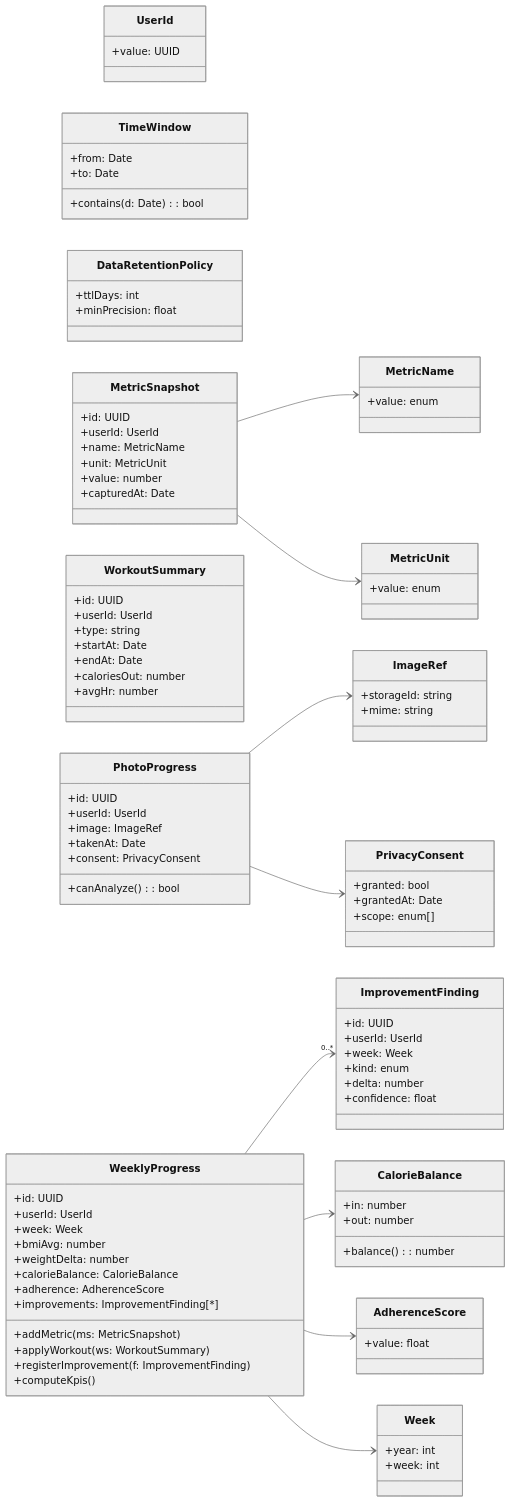
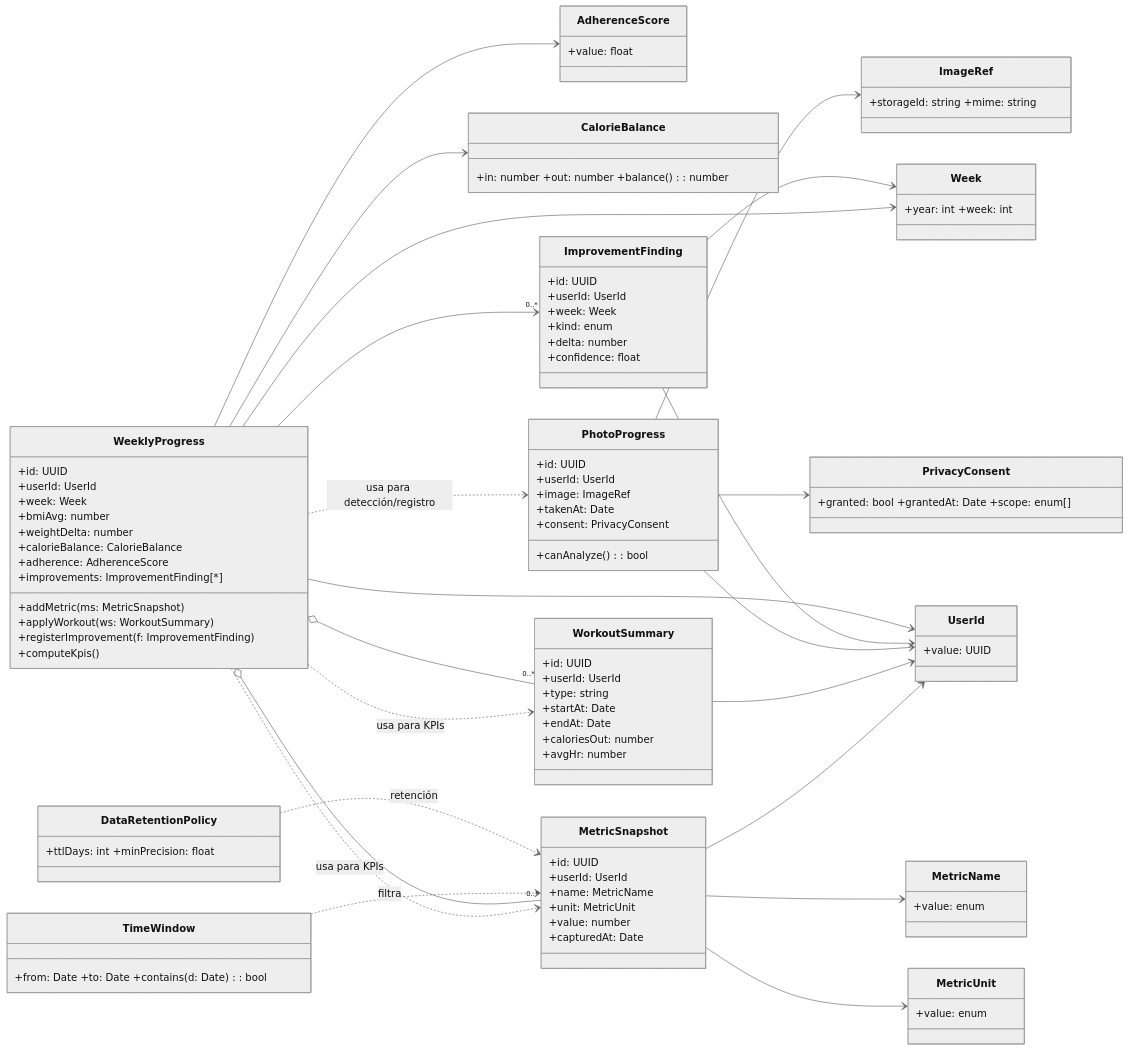
One commit to FitSense-Emergentes-14653/Project-Report changed the diagram in Docs/Monitory classDiagram.mmd. Above: the diagram before and after it, drawn with Mermaid (neutral theme). The commit also changed 1 other file, not shown here.

Commit message:
fix monity diagram

```diff
--- a/Docs/Monitory classDiagram.mmd
+++ b/Docs/Monitory classDiagram.mmd
@@ -1,105 +1,98 @@
 classDiagram
 direction LR
 
 %% ==== Value Objects ====
-class UserId {
-  +value: UUID
-}
-class MetricName {
-  +value: enum
-}
-class MetricUnit {
-  +value: enum
-}
-class TimeWindow {
-  +from: Date
-  +to: Date
-  +contains(d: Date): bool
-}
-class Week {
-  +year: int
-  +week: int
-}
-class AdherenceScore {
-  +value: float
-}
-class CalorieBalance {
-  +in: number
-  +out: number
-  +balance(): number
-}
-class PrivacyConsent {
-  +granted: bool
-  +grantedAt: Date
-  +scope: enum[]
-}
-class DataRetentionPolicy {
-  +ttlDays: int
-  +minPrecision: float
-}
-class ImageRef {
-  +storageId: string
-  +mime: string
-}
+class UserId { +value: UUID }
+class MetricName { +value: enum }
+class MetricUnit { +value: enum }
+class TimeWindow { +from: Date +to: Date +contains(d: Date): bool }
+class Week { +year: int +week: int }
+class AdherenceScore { +value: float }
+class CalorieBalance { +in: number +out: number +balance(): number }
+class PrivacyConsent { +granted: bool +grantedAt: Date +scope: enum[] }
+class DataRetentionPolicy { +ttlDays: int +minPrecision: float }
+class ImageRef { +storageId: string +mime: string }
 
 %% ==== Entities / Aggregates ====
 class MetricSnapshot {
   +id: UUID
   +userId: UserId
   +name: MetricName
   +unit: MetricUnit
   +value: number
   +capturedAt: Date
 }
 
 class WorkoutSummary {
   +id: UUID
   +userId: UserId
   +type: string
   +startAt: Date
   +endAt: Date
   +caloriesOut: number
   +avgHr: number
 }
 
 class PhotoProgress {
   +id: UUID
   +userId: UserId
   +image: ImageRef
   +takenAt: Date
   +consent: PrivacyConsent
   +canAnalyze(): bool
 }
 
 class ImprovementFinding {
   +id: UUID
   +userId: UserId
   +week: Week
   +kind: enum
   +delta: number
   +confidence: float
 }
 
 class WeeklyProgress {
   +id: UUID
   +userId: UserId
   +week: Week
   +bmiAvg: number
   +weightDelta: number
   +calorieBalance: CalorieBalance
   +adherence: AdherenceScore
   +improvements: ImprovementFinding[*]
   +addMetric(ms: MetricSnapshot)
   +applyWorkout(ws: WorkoutSummary)
   +registerImprovement(f: ImprovementFinding)
   +computeKpis()
 }
 
-WeeklyProgress --> "0..*" ImprovementFinding
+%% ==== Associations / Aggregations ====
+%% VOs usados por entidades
+MetricSnapshot --> UserId
+WorkoutSummary --> UserId
+PhotoProgress --> UserId
+ImprovementFinding --> UserId
+WeeklyProgress --> UserId
+
+MetricSnapshot --> MetricName
+MetricSnapshot --> MetricUnit
+PhotoProgress --> ImageRef
+PhotoProgress --> PrivacyConsent
+
+%% Semana y scores
+WeeklyProgress --> Week
+ImprovementFinding --> Week
 WeeklyProgress --> CalorieBalance
 WeeklyProgress --> AdherenceScore
-WeeklyProgress --> Week
-PhotoProgress --> ImageRef
-PhotoProgress --> PrivacyConsent
-MetricSnapshot --> MetricName
-MetricSnapshot --> MetricUnit
+
+%% Agregación/uso desde WeeklyProgress
+WeeklyProgress ..> MetricSnapshot : usa para KPIs
+WeeklyProgress ..> WorkoutSummary : usa para KPIs
+WeeklyProgress ..> PhotoProgress : usa para detección/registro
+WeeklyProgress --> "0..*" ImprovementFinding
+WeeklyProgress o-- "0..*" MetricSnapshot
+WeeklyProgress o-- "0..*" WorkoutSummary
+
+%% (opcional) políticas auxiliares no referenciales
+TimeWindow ..> MetricSnapshot : filtra
+DataRetentionPolicy ..> MetricSnapshot : retención
```
